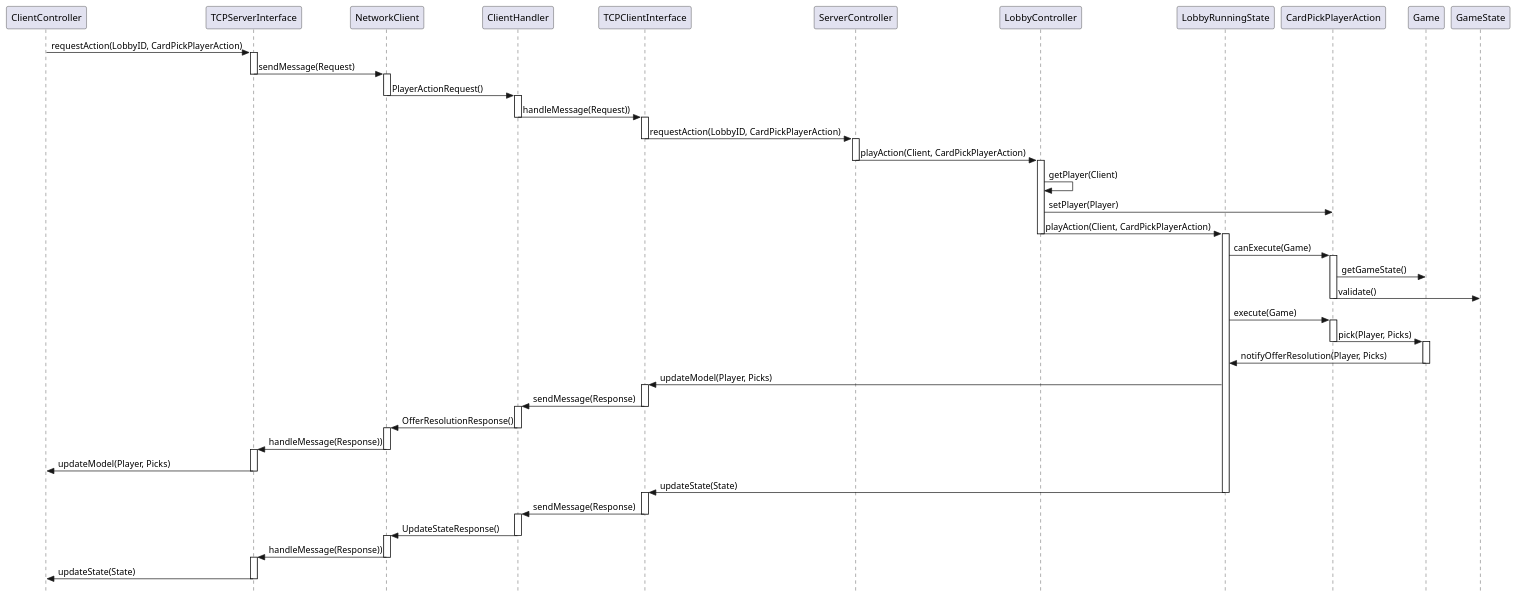
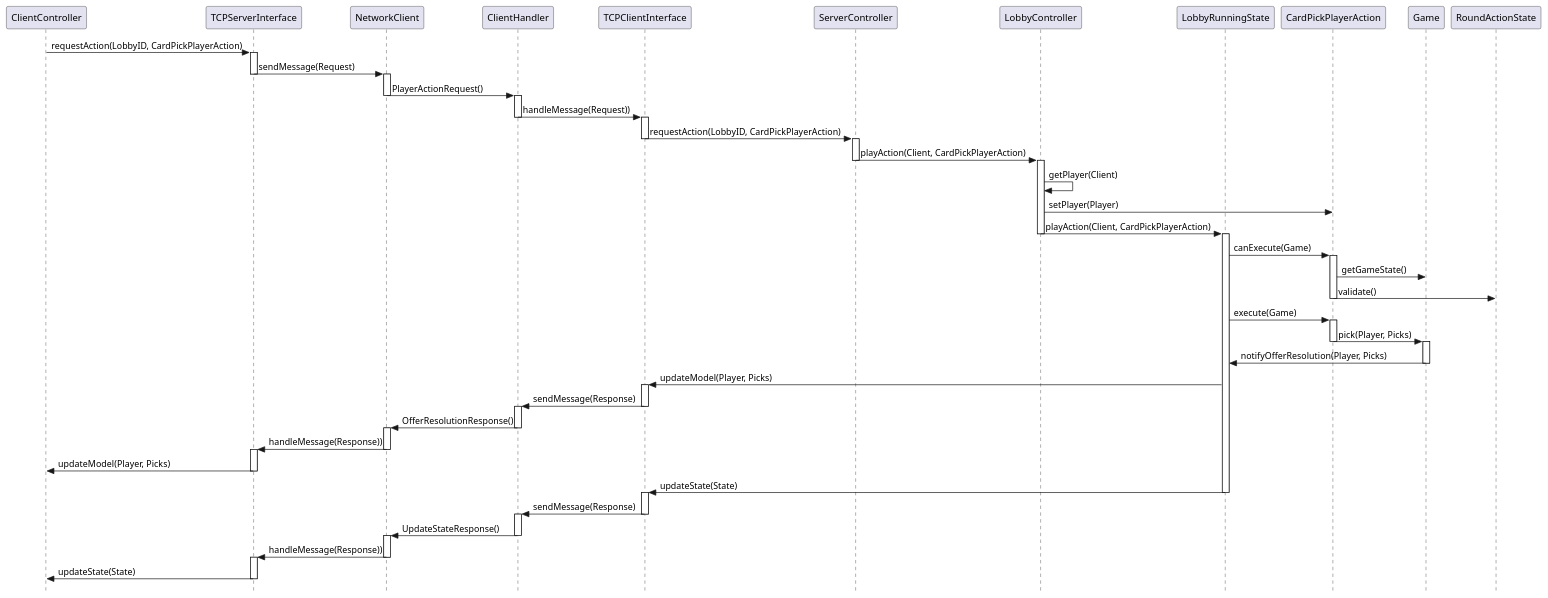
Before and after one commit to Teiyo22/ing-sw-2026-hu-hu-jin-jin: the diagram in uml/card_pick_tcp.puml, drawn with PlantUML. The commit also changed 3 other files, not shown here.

```diff
--- a/uml/card_pick_tcp.puml
+++ b/uml/card_pick_tcp.puml
@@ -1,106 +1,106 @@
 @startuml
 skinparam style strictuml
 
 participant ClientController
 participant TCPServerInterface
 participant NetworkClient
 participant ClientHandler
 participant TCPClientInterface
 participant ServerController
 participant LobbyController
 participant LobbyRunningState
 participant CardPickPlayerAction
 participant Game
-participant GameState
+participant RoundActionState
 
 ClientController -> TCPServerInterface: requestAction(LobbyID, CardPickPlayerAction)
 
 activate TCPServerInterface
 TCPServerInterface -> NetworkClient: sendMessage(Request)
 deactivate TCPServerInterface
 
 activate NetworkClient
 NetworkClient -> ClientHandler: PlayerActionRequest()
 deactivate NetworkClient
 
 activate ClientHandler
 ClientHandler -> TCPClientInterface: handleMessage(Request))
 deactivate ClientHandler
 
 activate TCPClientInterface
 TCPClientInterface -> ServerController: requestAction(LobbyID, CardPickPlayerAction)
 deactivate TCPClientInterface
 
 activate ServerController
 ServerController -> LobbyController: playAction(Client, CardPickPlayerAction)
 deactivate ServerController
 
 activate LobbyController
 LobbyController -> LobbyController: getPlayer(Client)
 LobbyController -> CardPickPlayerAction: setPlayer(Player)
 LobbyController -> LobbyRunningState: playAction(Client, CardPickPlayerAction)
 deactivate LobbyController
 
 activate LobbyRunningState
 LobbyRunningState -> CardPickPlayerAction: canExecute(Game)
 
 activate CardPickPlayerAction
 CardPickPlayerAction -> Game: getGameState()
-CardPickPlayerAction -> GameState: validate()
+CardPickPlayerAction -> RoundActionState: validate()
 deactivate CardPickPlayerAction
 
 LobbyRunningState -> CardPickPlayerAction: execute(Game)
 
 activate CardPickPlayerAction
 CardPickPlayerAction -> Game: pick(Player, Picks)
 deactivate CardPickPlayerAction
 
 activate Game
 Game -> LobbyRunningState: notifyOfferResolution(Player, Picks)
 deactivate Game
 
 LobbyRunningState -> TCPClientInterface: updateModel(Player, Picks)
 
 activate TCPClientInterface
 TCPClientInterface -> ClientHandler: sendMessage(Response)
 deactivate TCPClientInterface
 
 activate ClientHandler
 ClientHandler -> NetworkClient: OfferResolutionResponse()
 deactivate ClientHandler
 
 activate NetworkClient
 NetworkClient -> TCPServerInterface: handleMessage(Response))
 deactivate NetworkClient
 
 activate TCPServerInterface
 TCPServerInterface -> ClientController: updateModel(Player, Picks)
 deactivate TCPServerInterface
 
 LobbyRunningState -> TCPClientInterface: updateState(State)
 deactivate LobbyRunningState
 
 activate TCPClientInterface
 TCPClientInterface -> ClientHandler: sendMessage(Response)
 deactivate TCPClientInterface
 
 activate ClientHandler
 ClientHandler -> NetworkClient: UpdateStateResponse()
 deactivate ClientHandler
 
 activate NetworkClient
 NetworkClient -> TCPServerInterface: handleMessage(Response))
 deactivate NetworkClient
 
 activate TCPServerInterface
 TCPServerInterface -> ClientController: updateState(State)
 deactivate TCPServerInterface
 
 
 
 
 
 
 
 
 @enduml
```
